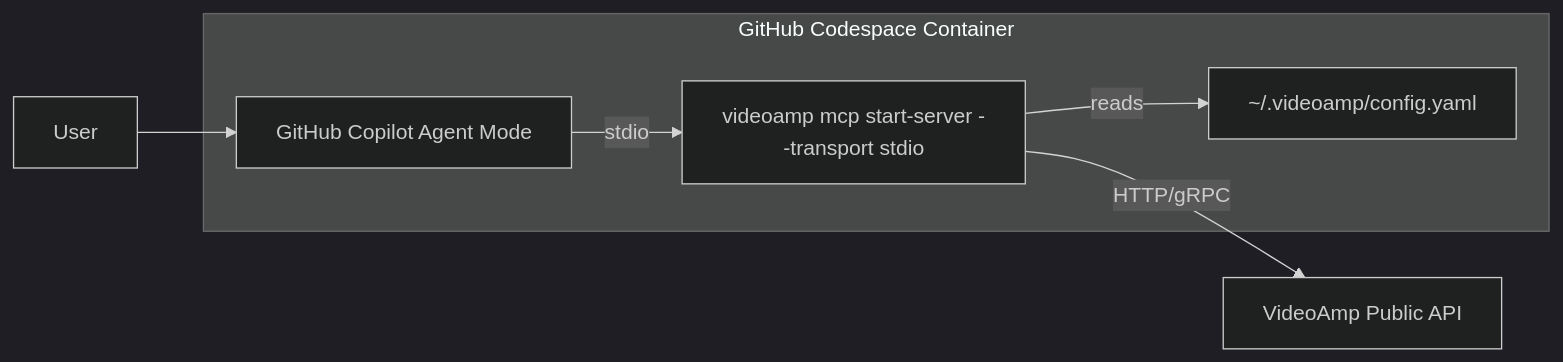
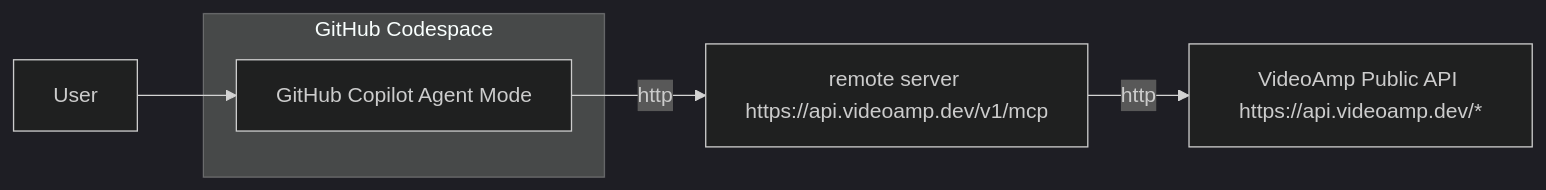
Before and after one commit to VideoAmp/cli: the first of 3 diagrams in README.md, drawn with Mermaid (dark theme). The commit also changed other lines of this file and 2 other files, not shown here.

Commit message:
feat(mcp): Replace local install withremote server

````diff
--- a/README.md
+++ b/README.md
@@ -20,14 +20,10 @@
 ```mermaid
 graph LR
-    subgraph Cloud [GitHub Codespace Container]
+    subgraph Cloud [GitHub Codespace]
         Copilot[GitHub Copilot Agent Mode]
-        MCPServer[videoamp mcp start-server --transport stdio]
-        ConfigFile[~/.videoamp/config.yaml]
-
-        Copilot -- stdio --> MCPServer
-        MCPServer -- reads --> ConfigFile
+        
     end
-
     User--> Copilot
-    MCPServer -- HTTP/gRPC --> VideoAmpAPI[VideoAmp Public API]
+    Copilot -- http --> MCPServer[remote server https://api.videoamp.dev/v1/mcp]
+    MCPServer -- http --> VideoAmpAPI[VideoAmp Public API https://api.videoamp.dev/*]
 ```
````
